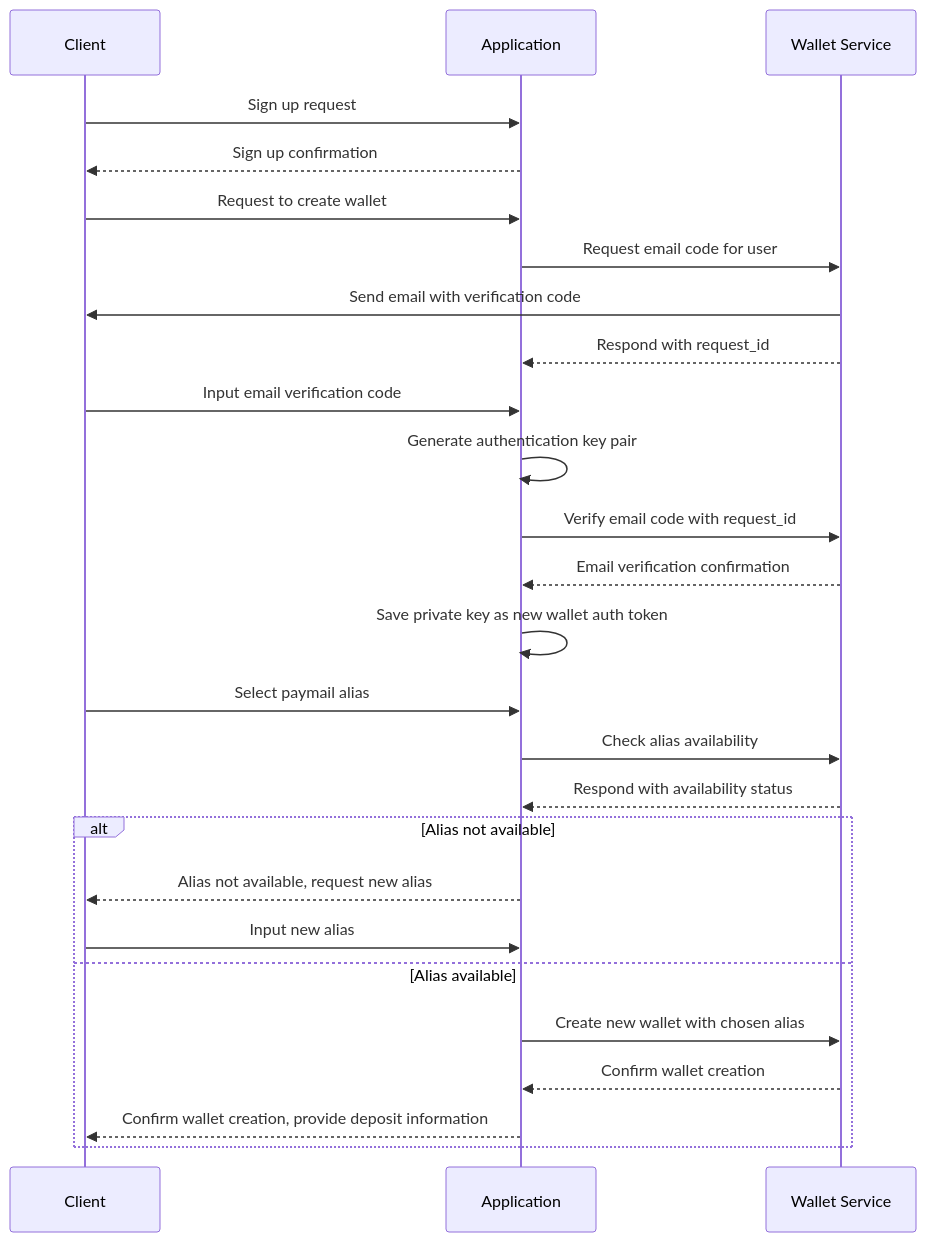
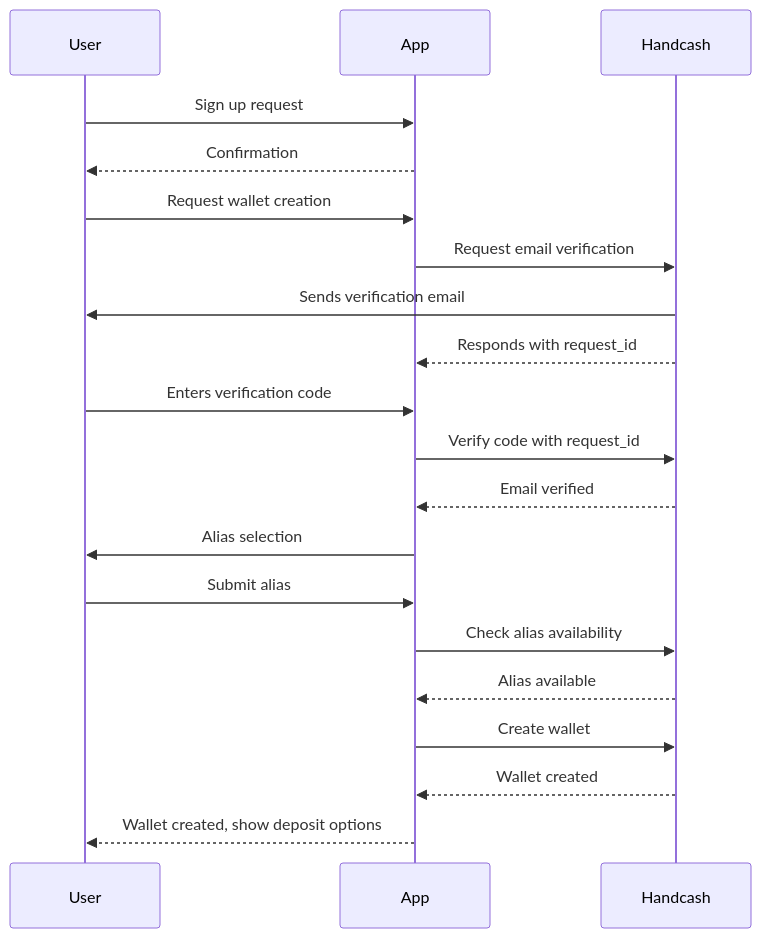
The diagram in README.md (big-riz/external-wallet-demo), drawn with Mermaid before and after one commit. The commit also changed other lines of this file, not shown here.

````diff
--- a/README.md
+++ b/README.md
@@ -65,33 +87,26 @@
 ```mermaid
 sequenceDiagram
-    participant C as Client
-    participant A as Application
-    participant WS as Wallet Service
+    participant User
+    participant App
+    participant Handcash
 
-    C->>A: Sign up request
-    A-->>C: Sign up confirmation
+    User->>App: Sign up request
+    App-->>User: Confirmation
 
-    C->>A: Request to create wallet
-    A->>WS: Request email code for user
-    WS->>C: Send email with verification code
-    WS-->>A: Respond with request_id
+    User->>App: Request wallet creation
+    App->>Handcash: Request email verification
+    Handcash->>User: Sends verification email
+    Handcash-->>App: Responds with request_id
 
-    C->>A: Input email verification code
-    A->>A: Generate authentication key pair
-    A->>WS: Verify email code with request_id
-    WS-->>A: Email verification confirmation
+    User->>App: Enters verification code
+    App->>Handcash: Verify code with request_id
+    Handcash-->>App: Email verified
 
-    A->>A: Save private key as new wallet auth token
-
-    C->>A: Select paymail alias
-    A->>WS: Check alias availability
-    WS-->>A: Respond with availability status
-    alt Alias not available
-        A-->>C: Alias not available, request new alias
-        C->>A: Input new alias
-    else Alias available
-        A->>WS: Create new wallet with chosen alias
-        WS-->>A: Confirm wallet creation
-        A-->>C: Confirm wallet creation, provide deposit information
-    end
+    App->>User: Alias selection
+    User->>App: Submit alias
+    App->>Handcash: Check alias availability
+    Handcash-->>App: Alias available
+    App->>Handcash: Create wallet
+    Handcash-->>App: Wallet created
+    App-->>User: Wallet created, show deposit options
 ```
````
